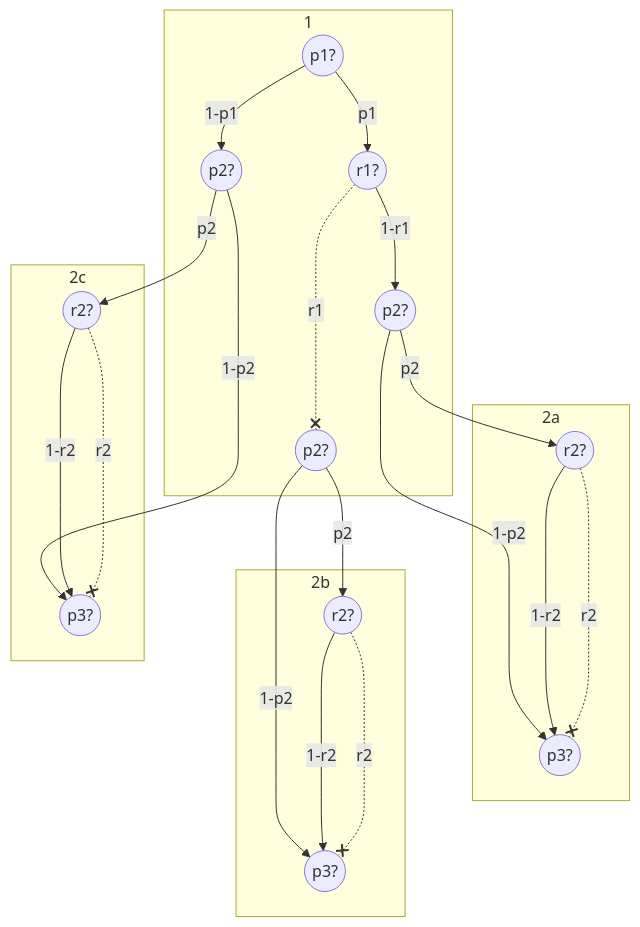
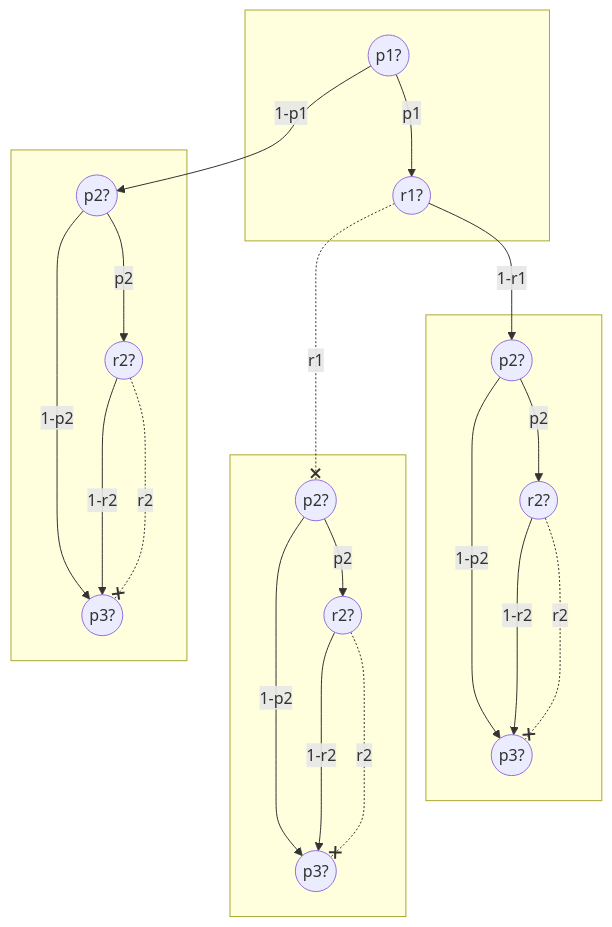
Before and after one commit to bfeitknecht/vault: the third of 5 diagrams in vault/sem2/AuW/UE/cx/bf/cx07-bf.md, drawn with Mermaid. The commit also changed other lines of this file, not shown here.

````diff
--- a/vault/sem2/AuW/UE/cx/bf/cx07-bf.md
+++ b/vault/sem2/AuW/UE/cx/bf/cx07-bf.md
@@ -80,53 +80,52 @@
 ```mermaid
 flowchart TD
 
 
-subgraph 1
-id1((p1?))
-id2((r1?))
 
-id3((p2?))
+
+subgraph " "
 id4((p2?))
-id5((p2?))
-
-id1-->|"1-p1"|id3
-id1-->|"p1"|id2
-id2-->|"1-r1"|id4
-id2-..-x|"r1"|id5
-end
-
-subgraph 2a
 id8((r2?))
 id9((p3?))
 
 id4-->|"1-p2"|id9
 id4-->|"p2"|id8
 id8-->|"1-r2"|id9
 id8-..-x|"r2"|id9
 end
 
 
-subgraph 2b
+subgraph " "
+id5((p2?))
 id10((r2?))
 id11((p3?))
 
 id5-->|"1-p2"|id11
 id5-->|"p2"|id10
 id10-->|"1-r2"|id11
 id10-..-x|"r2"|id11
 end
 
 
-subgraph 2c
+subgraph " "
+id3((p2?))
 id6((r2?))
 id7((p3?))
 
 id3-->|"1-p2"|id7
 id3-->|"p2"|id6
 id6-->|"1-r2"|id7
 id6-..-x|"r2"|id7
 end
 
+subgraph " "
+id1((p1?))
+id2((r1?))
 
+id1-->|"1-p1"|id3
+id1-->|"p1"|id2
+id2-->|"1-r1"|id4
+id2-..-x|"r1"|id5
+end
 
 ```
````
